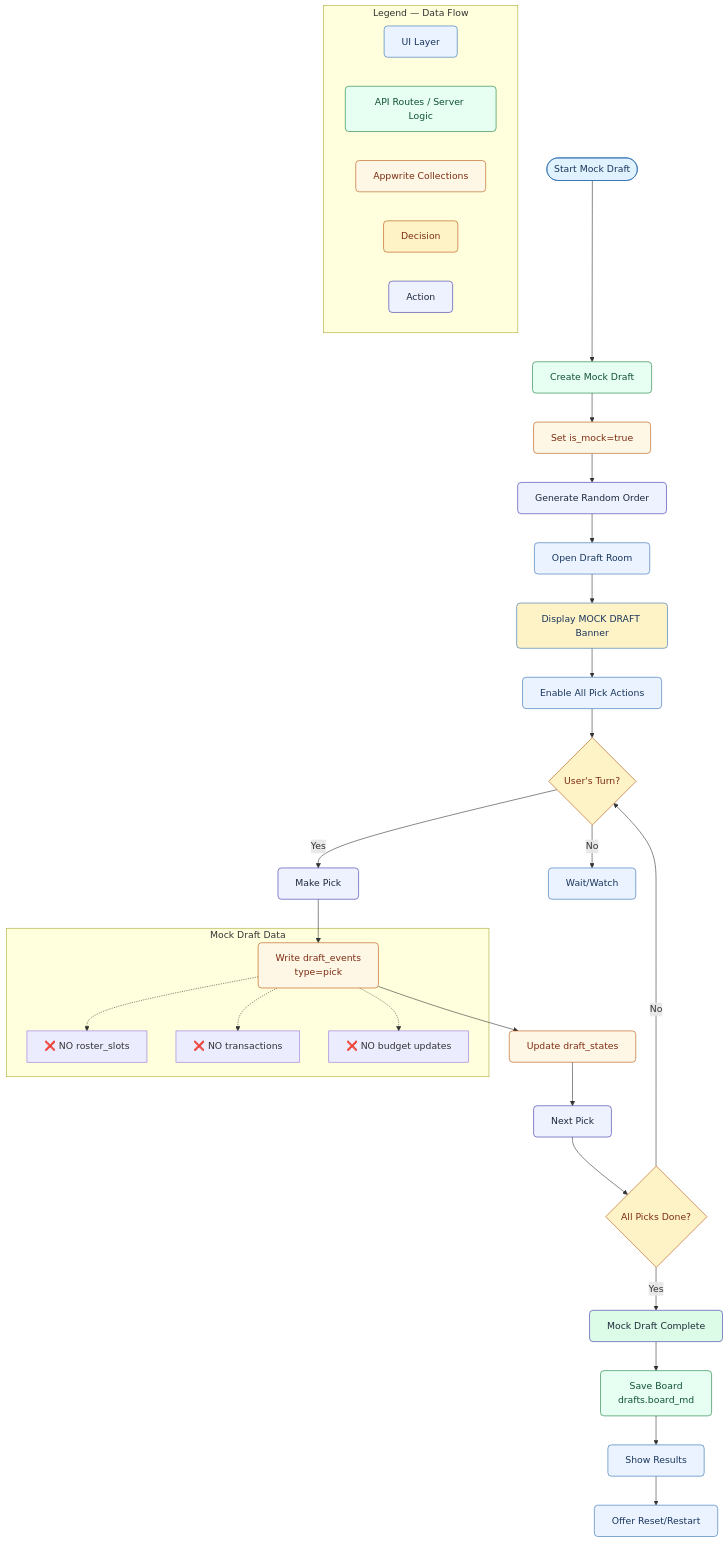
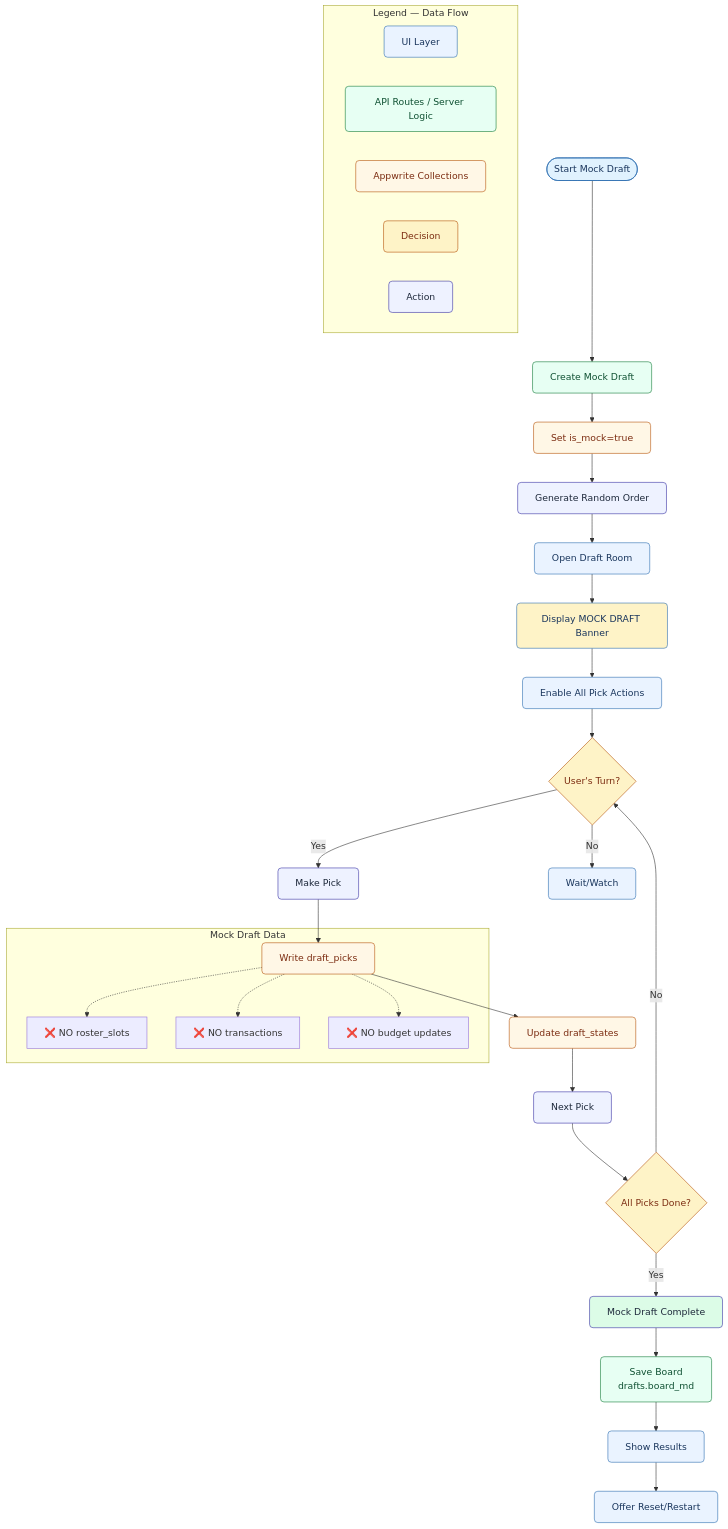
One commit to kpm34/college-football-fantasy-app changed the first of 3 diagrams in docs/diagrams/functional-flow/draft.md. Above: the diagram before and after it, drawn with Mermaid. The commit also changed other lines of this file and 14 other files, not shown here.

````diff
--- a/docs/diagrams/functional-flow/draft.md
+++ b/docs/diagrams/functional-flow/draft.md
@@ -17,59 +18,59 @@
 ```mermaid
 %%{init: {
 %%  'theme': 'base',
 %%  'themeVariables': {
 %%    'background': '#ffffff',
 %%    'primaryTextColor': '#0f172a',
 %%    'lineColor': '#64748b',
 %%    'fontFamily': 'system-ui, Segoe UI, Roboto, Helvetica, Arial, "Apple Color Emoji", "Segoe UI Emoji"'
 %%  }
 %%}}%%
 flowchart TD
     classDef ui fill:#eaf3ff,stroke:#2b6cb0,color:#1a365d,rx:6,ry:6
     classDef api fill:#e7fff3,stroke:#117a37,color:#0f5132,rx:6,ry:6
     classDef db fill:#fff7e6,stroke:#b45309,color:#7c2d12,rx:6,ry:6
     classDef decision fill:#fef3c7,stroke:#b45309,color:#7c2d12,rx:6,ry:6
     classDef action fill:#eef2ff,stroke:#3730a3,color:#1e293b,rx:6,ry:6
     StartMock([Start Mock Draft]):::ui --> CreateMock[Create Mock Draft]:::api
     CreateMock --> SetMockFlag[Set is_mock=true]:::db
     SetMockFlag --> GenerateOrder[Generate Random Order]:::action
     GenerateOrder --> OpenRoom[Open Draft Room]:::ui
     
     OpenRoom --> MockBanner[Display MOCK DRAFT Banner]:::ui
     MockBanner --> EnablePicks[Enable All Pick Actions]:::ui
     
     EnablePicks --> UserPick{User's Turn?}:::decision
     UserPick -->|Yes| MakePick[Make Pick]:::action
     UserPick -->|No| WaitTurn[Wait/Watch]:::ui
     
-    MakePick --> WriteMockEvent[Write draft_events<br/>type=pick]:::db
+    MakePick --> WriteMockEvent[Write draft_picks]:::db
     WriteMockEvent --> UpdateMockState[Update draft_states]:::db
     UpdateMockState --> NextPick[Next Pick]:::action
     
     NextPick --> CheckComplete{All Picks Done?}:::decision
     CheckComplete -->|No| UserPick
     CheckComplete -->|Yes| MockComplete[Mock Draft Complete]:::action
     
     MockComplete --> SaveBoard[Save Board<br/>drafts.board_md]:::api
     SaveBoard --> ShowResults[Show Results]:::ui
     ShowResults --> ResetOption[Offer Reset/Restart]:::ui
     
     subgraph "Mock Draft Data"
         WriteMockEvent -.-> NR1[❌ NO roster_slots]
         WriteMockEvent -.-> NR2[❌ NO transactions]
         WriteMockEvent -.-> NR3[❌ NO budget updates]
     end
     
     %% Legend
     subgraph "Legend — Data Flow"
       UI[UI Layer]:::ui
       API[API Routes / Server Logic]:::api
       DB[Appwrite Collections]:::db
       DEC[Decision]:::decision
       ACT[Action]:::action
     end
 
     style StartMock fill:#e0f2fe
     style MockBanner fill:#fef3c7
     style MockComplete fill:#dcfce7
 ```
````
